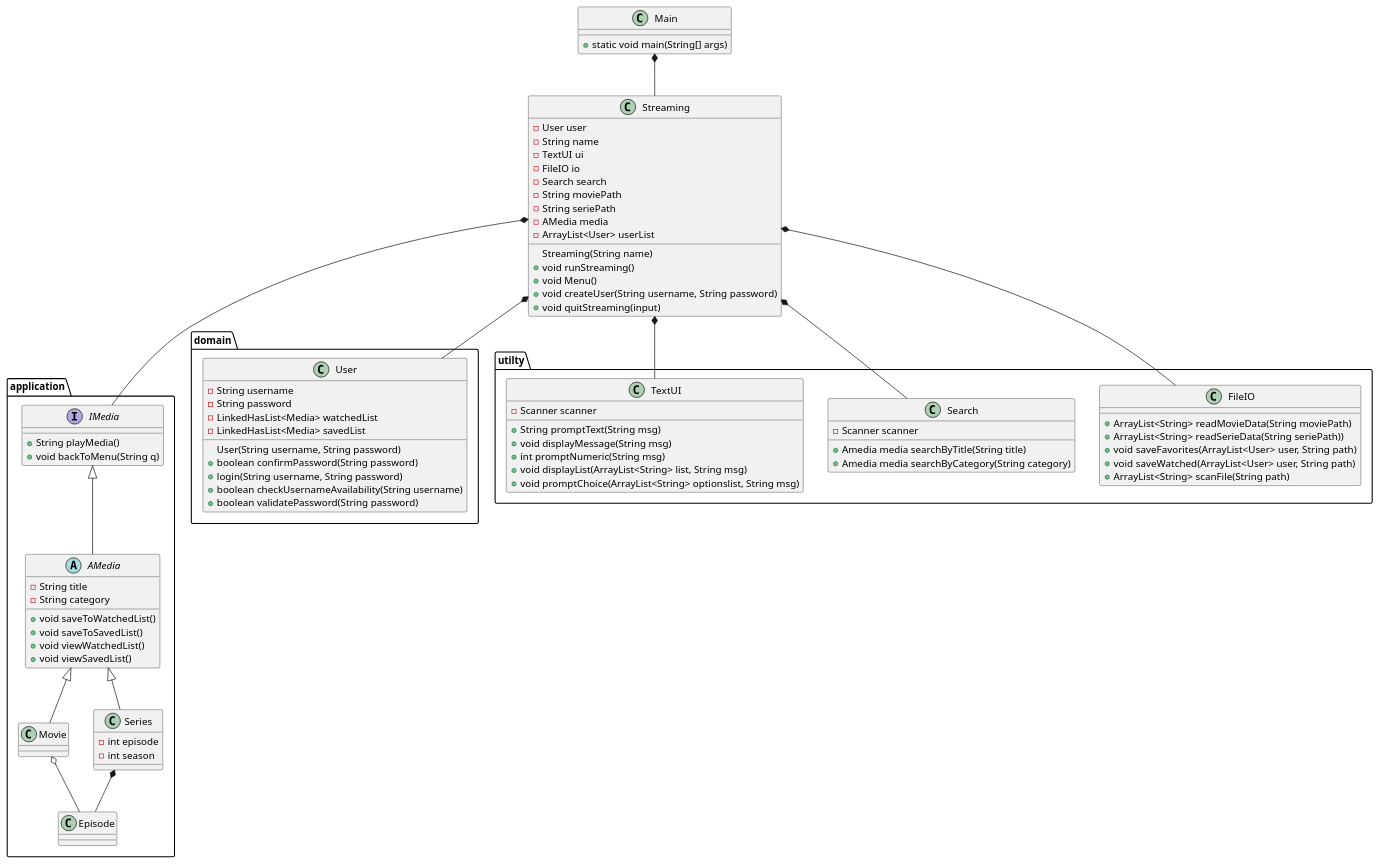
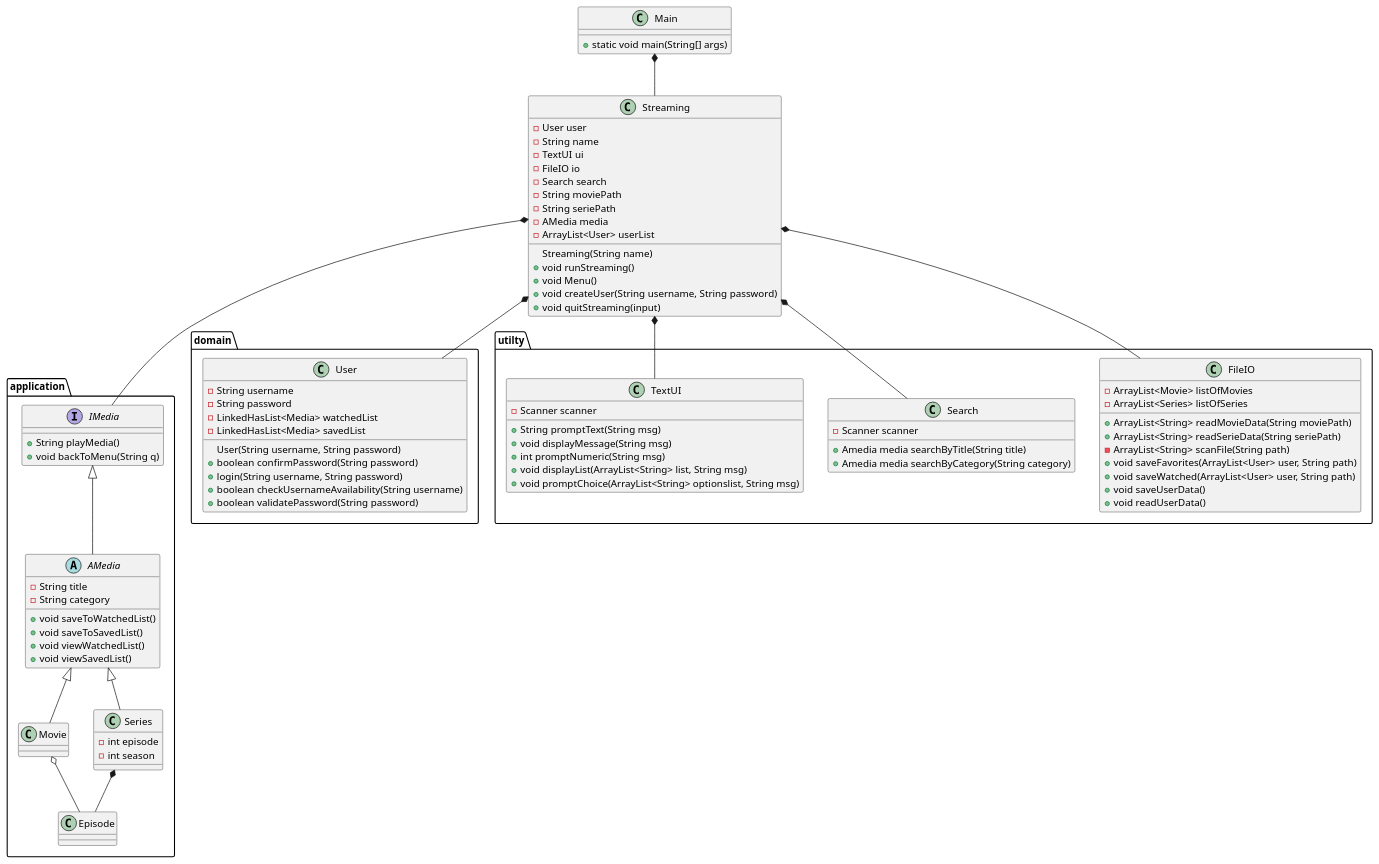
Before and after one commit to mrPrimeBeef/Sem1-Project-MovieStream: the diagram in Doc/Static/ClassDiagramv1.puml, drawn with PlantUML. The commit also changed 3 other files, not shown here.

Commit message:
FileOI og klasseDiagram

```diff
--- a/Doc/Static/ClassDiagramv1.puml
+++ b/Doc/Static/ClassDiagramv1.puml
@@ -1,116 +1,120 @@
 @startuml
 
 class Main {
 + static void main(String[] args)
 }
 package application{
 interface IMedia {
 + String playMedia()
 + void backToMenu(String q)
 '+ pauseMedia()
 }
 
 abstract AMedia {
 - String title
 - String category
 + void saveToWatchedList()
 + void saveToSavedList()
 + void viewWatchedList()
 + void viewSavedList()
 }
 
 class Movie {
 
 }
 
 
 class Series {
 - int episode
 - int season
 }
 class Episode{
 
 }
 }
 
 package domain{
 class User {
 - String username
 - String password
 - LinkedHasList<Media> watchedList
 - LinkedHasList<Media> savedList
 User(String username, String password)
 + boolean confirmPassword(String password)
 + login(String username, String password)
 + boolean checkUsernameAvailability(String username)
 + boolean validatePassword(String password)
 }
 }
 
 class Streaming {
 - User user
 - String name
 - TextUI ui
 - FileIO io
 - Search search
 - String moviePath
 - String seriePath
 - AMedia media
 - ArrayList<User> userList
 Streaming(String name)
 + void runStreaming()
 + void Menu()
 + void createUser(String username, String password)
 + void quitStreaming(input)
 }
 
 
 package utilty{
 class FileIO {
+- ArrayList<Movie> listOfMovies
+- ArrayList<Series> listOfSeries
 + ArrayList<String> readMovieData(String moviePath)
-+ ArrayList<String> readSerieData(String seriePath))
++ ArrayList<String> readSerieData(String seriePath)
+- ArrayList<String> scanFile(String path)
 + void saveFavorites(ArrayList<User> user, String path)
 + void saveWatched(ArrayList<User> user, String path)
-+ ArrayList<String> scanFile(String path)
++ void saveUserData()
++ void readUserData()
 }
 
 class Search {
 - Scanner scanner
 + Amedia media searchByTitle(String title)
 + Amedia media searchByCategory(String category)
 
 }
 class TextUI {
 - Scanner scanner
 + String promptText(String msg)
 + void displayMessage(String msg)
 + int promptNumeric(String msg)
 + void displayList(ArrayList<String> list, String msg)
 + void promptChoice(ArrayList<String> optionslist, String msg)
 }
 }
 
 
 Main *-- Streaming
 Streaming *-- IMedia
 Streaming *-- User
 Streaming *-- Search
 Streaming *-- TextUI
 IMedia <|-- AMedia
 Streaming *-- FileIO
 AMedia <|-- Movie
 AMedia  <|-- Series
 Series *-- Episode
 Movie o-- Episode
 
 'https://devhints.io/plantuml
 'Car <|-- SmallCar      # extension
 'Car *-- Engine         # composition
 'Cars o-- Car           # aggregation
 'Car <|.. SmallCar      # dotted line (use .. instead of --)
 'Car <|--* Car
 
 '-left->
 '-right->
 
 @enduml
```
